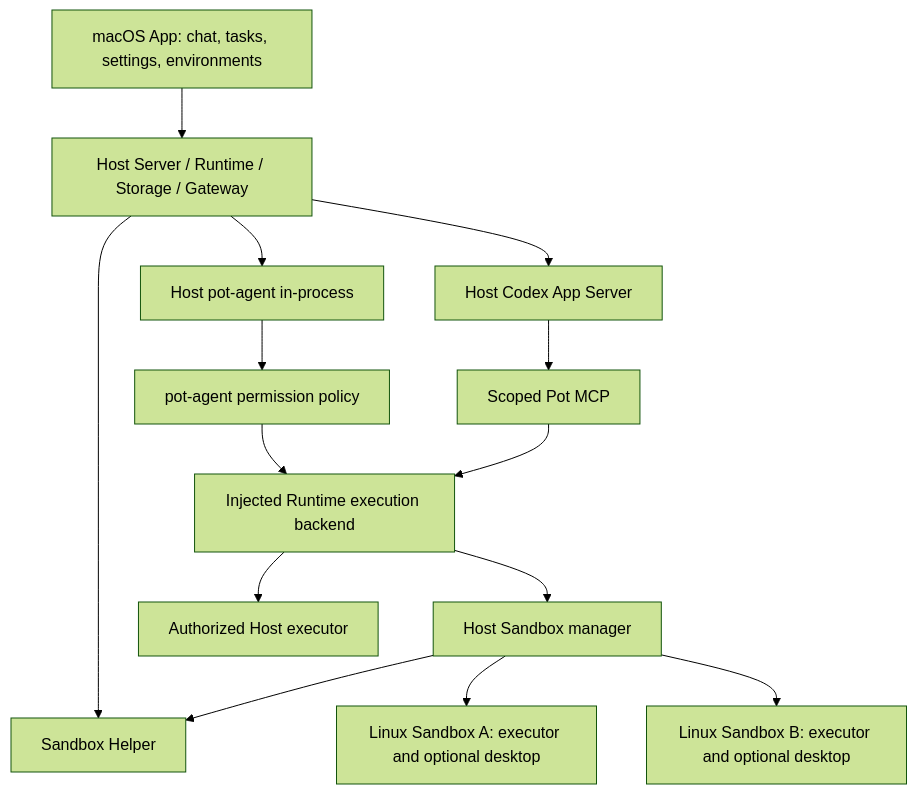
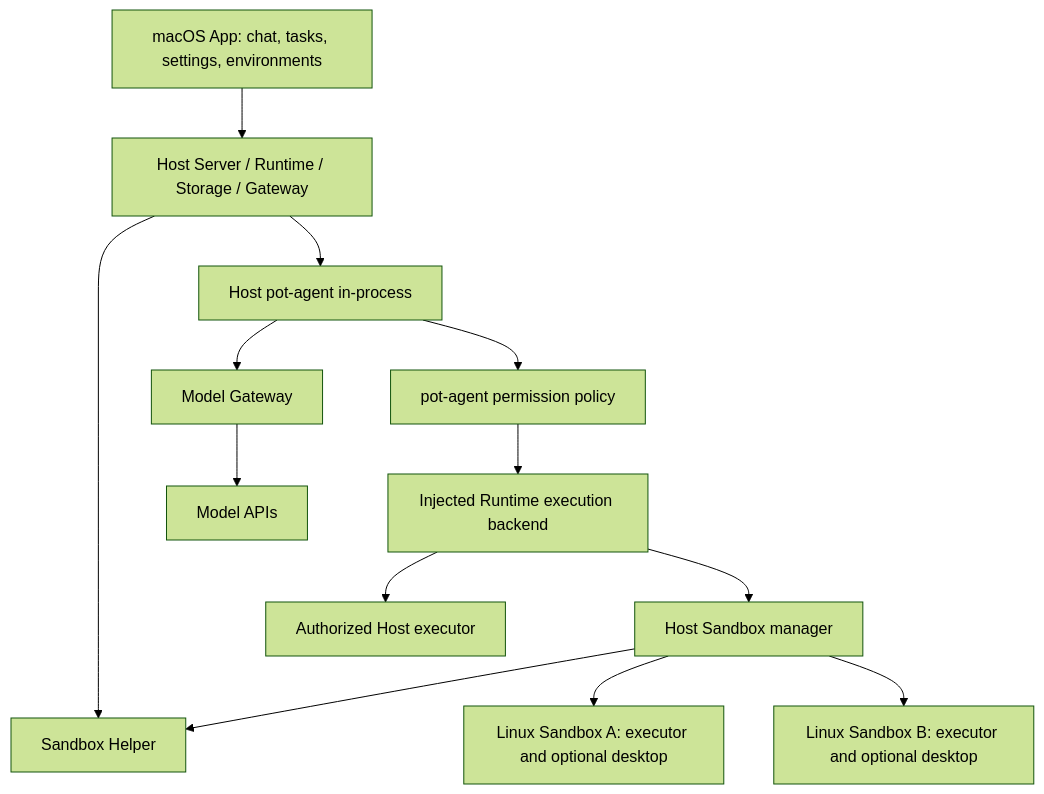
Before and after one commit to jjyr/pot: the diagram in docs/architecture.md, drawn with Mermaid (forest theme). The commit also changed other lines of this file and 103 other files, not shown here.

Commit message:
Remove Codex integration and simplify to a single Pot Agent engine

````diff
--- a/docs/architecture.md
+++ b/docs/architecture.md
@@ -7,16 +7,15 @@
 ```mermaid
 flowchart TB
     App[macOS App: chat, tasks, settings, environments] --> Server[Host Server / Runtime / Storage / Gateway]
     Server --> Helper[Sandbox Helper]
     Server --> Pot[Host pot-agent in-process]
-    Server --> Codex[Host Codex App Server]
+    Pot --> Gateway[Model Gateway]
+    Gateway --> APIs[Model APIs]
     Pot --> Permission[pot-agent permission policy]
     Permission --> Tools[Injected Runtime execution backend]
-    Codex --> MCP[Scoped Pot MCP]
-    MCP --> Tools
     Tools --> Host[Authorized Host executor]
     Tools --> Manager[Host Sandbox manager]
     Manager --> Helper
     Manager --> A[Linux Sandbox A: executor and optional desktop]
     Manager --> B[Linux Sandbox B: executor and optional desktop]
 ```
````
